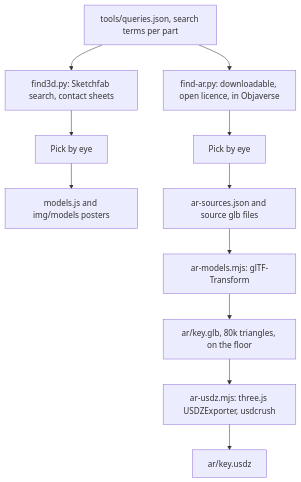
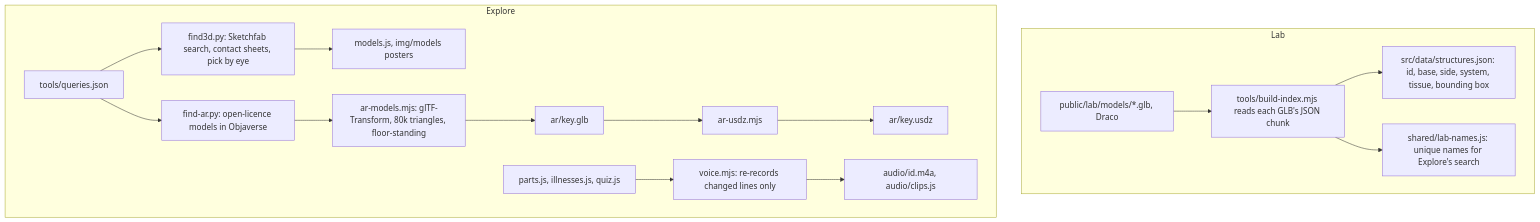
Before and after one commit to tgopinath/udambu: the eighth of 9 diagrams in ARCHITECTURE.md, drawn with Mermaid. The commit also changed other lines of this file and 88 other files, not shown here.

First line of the commit message:
Udambu 2.0: one app, two levels. Explore (plain words, 3D, voice, AR, quiz) + Lab (the Anatomy Lab 3D/VR atlas)

````diff
--- a/ARCHITECTURE.md
+++ b/ARCHITECTURE.md
@@ -225,13 +267,17 @@
 ```mermaid
 flowchart TD
-  QJ["tools/queries.json, search terms per part"] --> F3["find3d.py: Sketchfab search, contact sheets"]
-  F3 --> PICK1["Pick by eye"]
-  PICK1 --> MJ["models.js and img/models posters"]
-  QJ --> FA["find-ar.py: downloadable, open licence, in Objaverse"]
-  FA --> PICK2["Pick by eye"]
-  PICK2 --> SRC["ar-sources.json and source glb files"]
-  SRC --> ARM["ar-models.mjs: glTF-Transform"]
-  ARM --> GLB["ar/key.glb, 80k triangles, on the floor"]
-  GLB --> ARU["ar-usdz.mjs: three.js USDZExporter, usdcrush"]
-  ARU --> USDZ["ar/key.usdz"]
+  subgraph LABD["Lab"]
+    GLB["public/lab/models/*.glb, Draco"] --> BI["tools/build-index.mjs reads each GLB's JSON chunk"]
+    BI --> SJ["src/data/structures.json: id, base, side, system, tissue, bounding box"]
+    BI --> LN["shared/lab-names.js: unique names for Explore's search"]
+  end
+  subgraph EXPD["Explore"]
+    QJ["tools/queries.json"] --> F3["find3d.py: Sketchfab search, contact sheets, pick by eye"]
+    F3 --> MJ["models.js, img/models posters"]
+    QJ --> FA["find-ar.py: open-licence models in Objaverse"]
+    FA --> ARM["ar-models.mjs: glTF-Transform, 80k triangles, floor-standing"]
+    ARM --> ARG["ar/key.glb"]
+    ARG --> ARU["ar-usdz.mjs"] --> ARZ["ar/key.usdz"]
+    TXT["parts.js, illnesses.js, quiz.js"] --> VM["voice.mjs: re-records changed lines only"] --> M4A["audio/id.m4a, audio/clips.js"]
+  end
 ```
````
